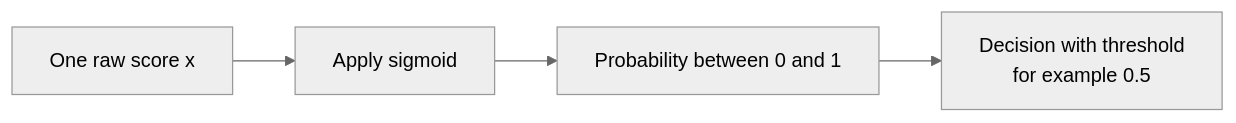
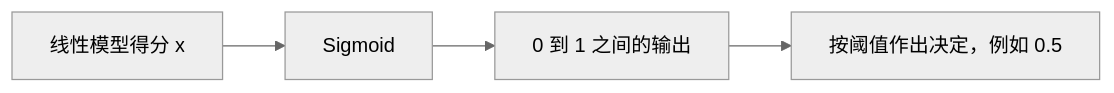
One commit to Donner886/Deep-learning changed the diagram in Calculus/Sigmoid趣闻.md. Above: the diagram before and after it, drawn with Mermaid (neutral theme). The commit also changed other lines of this file and 9 other files, not shown here.

````diff
--- a/Calculus/Sigmoid趣闻.md
+++ b/Calculus/Sigmoid趣闻.md
@@ -25,6 +9,6 @@
 ```mermaid
 flowchart LR
-	A[One raw score x] --> B[Apply sigmoid]
-	B --> C[Probability between 0 and 1]
-	C --> D[Decision with threshold\nfor example 0.5]
+  A[线性模型得分 x] --> B[Sigmoid]
+  B --> C[0 到 1 之间的输出]
+  C --> D[按阈值作出决定，例如 0.5]
 ```
````
